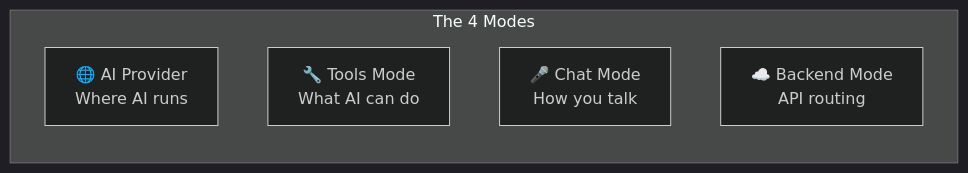
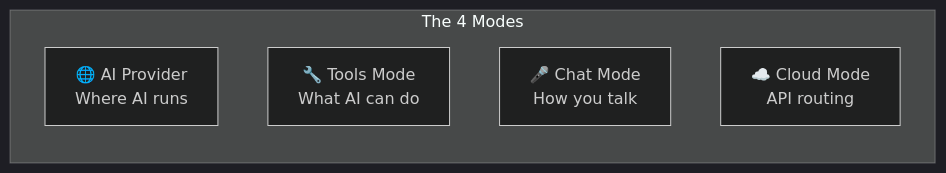
One commit to codewarnab/cognito-ai changed the first of 7 diagrams in apps/docs/content/docs/configuration/modes-and-feature-flags.mdx. Above: the diagram before and after it, drawn with Mermaid (dark theme). The commit also changed other lines of this file and 32 other files, not shown here.

First line of the commit message:
feat(diagrams): add MindMap and QuadrantChart components

````diff
--- a/apps/docs/content/docs/configuration/modes-and-feature-flags.mdx
+++ b/apps/docs/content/docs/configuration/modes-and-feature-flags.mdx
@@ -10,9 +10,9 @@
 ```mermaid
 graph LR
     subgraph "The 4 Modes"
         A["🌐 AI Provider<br/>Where AI runs"]
         B["🔧 Tools Mode<br/>What AI can do"]
         C["🎤 Chat Mode<br/>How you talk"]
-        D["☁️ Backend Mode<br/>API routing"]
+        D["☁️ Cloud Mode<br/>API routing"]
     end
 ```
````
